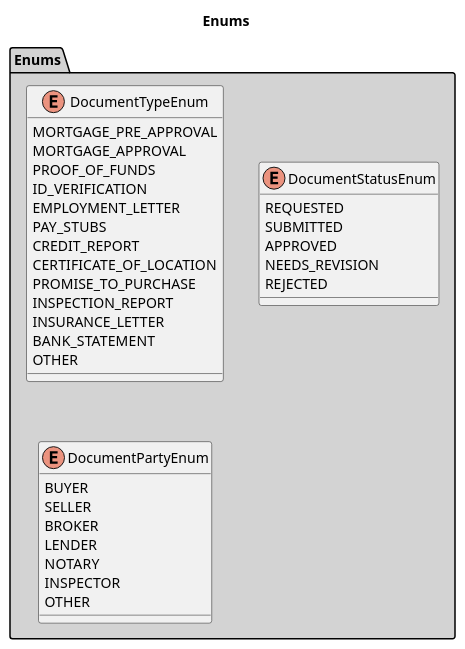
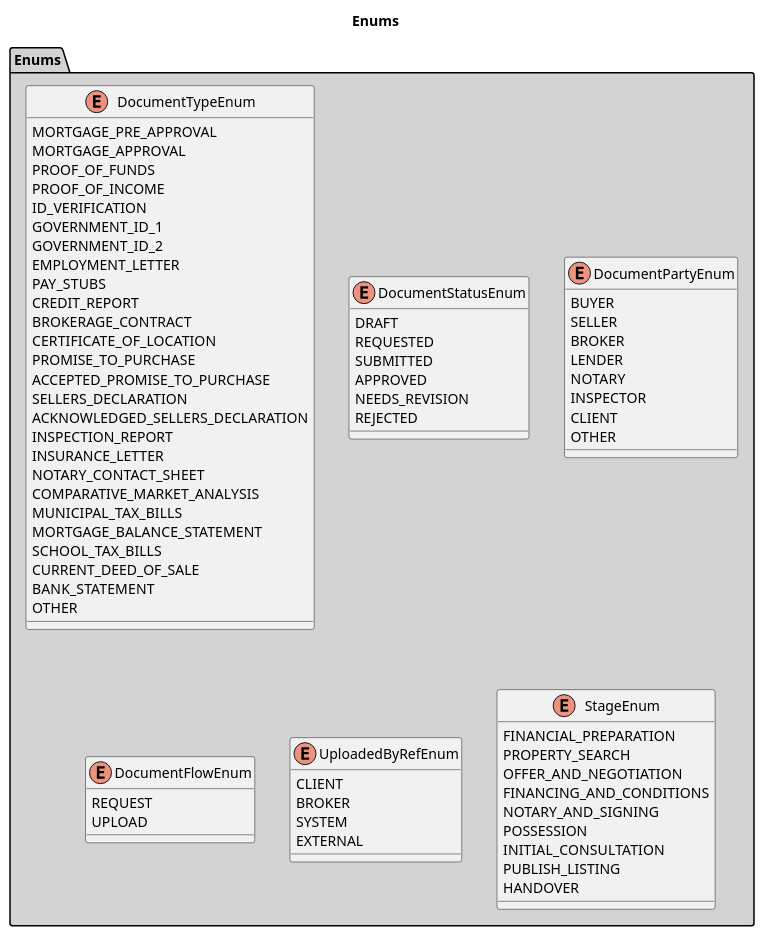
Before and after one commit to CourtierPro/CourtierPro: the diagram in docs/PersonalUseCase/Shawn/ManageTransactionDocuments/Artifacts/DesignLevelClassDiagramChunks/Enums.puml, drawn with PlantUML. The commit also changed 34 other files, not shown here.

Commit message:
Diagrams updated

```diff
--- a/docs/PersonalUseCase/Shawn/ManageTransactionDocuments/Artifacts/DesignLevelClassDiagramChunks/Enums.puml
+++ b/docs/PersonalUseCase/Shawn/ManageTransactionDocuments/Artifacts/DesignLevelClassDiagramChunks/Enums.puml
@@ -1,42 +1,81 @@
 @startuml Enums
 skinparam classAttributeIconSize 0
 
 title Enums
 
 package "Enums" #LightGray {
   enum DocumentTypeEnum {
     MORTGAGE_PRE_APPROVAL
     MORTGAGE_APPROVAL
     PROOF_OF_FUNDS
+    PROOF_OF_INCOME
     ID_VERIFICATION
+    GOVERNMENT_ID_1
+    GOVERNMENT_ID_2
     EMPLOYMENT_LETTER
     PAY_STUBS
     CREDIT_REPORT
+    BROKERAGE_CONTRACT
     CERTIFICATE_OF_LOCATION
     PROMISE_TO_PURCHASE
+    ACCEPTED_PROMISE_TO_PURCHASE
+    SELLERS_DECLARATION
+    ACKNOWLEDGED_SELLERS_DECLARATION
     INSPECTION_REPORT
     INSURANCE_LETTER
+    NOTARY_CONTACT_SHEET
+    COMPARATIVE_MARKET_ANALYSIS
+    MUNICIPAL_TAX_BILLS
+    MORTGAGE_BALANCE_STATEMENT
+    SCHOOL_TAX_BILLS
+    CURRENT_DEED_OF_SALE
     BANK_STATEMENT
     OTHER
   }
-  
+
   enum DocumentStatusEnum {
+    DRAFT
     REQUESTED
     SUBMITTED
     APPROVED
     NEEDS_REVISION
     REJECTED
   }
-  
+
   enum DocumentPartyEnum {
     BUYER
     SELLER
     BROKER
     LENDER
     NOTARY
     INSPECTOR
+    CLIENT
     OTHER
+  }
+
+  enum DocumentFlowEnum {
+    REQUEST
+    UPLOAD
+  }
+
+  enum UploadedByRefEnum {
+    CLIENT
+    BROKER
+    SYSTEM
+    EXTERNAL
+  }
+
+  enum StageEnum {
+    FINANCIAL_PREPARATION
+    PROPERTY_SEARCH
+    OFFER_AND_NEGOTIATION
+    FINANCING_AND_CONDITIONS
+    NOTARY_AND_SIGNING
+    POSSESSION
+    INITIAL_CONSULTATION
+    PUBLISH_LISTING
+    HANDOVER
   }
 }
 
 @enduml
```
